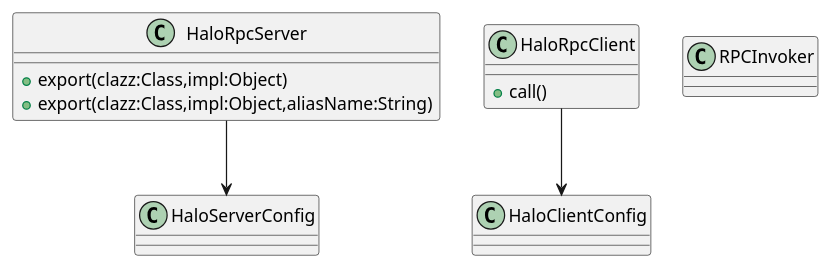
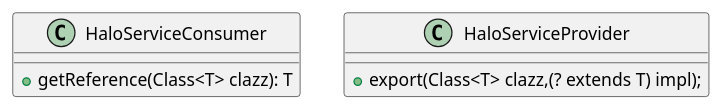
One commit to PickDream/Halo-RPC changed the diagram in design/basic.puml. Above: the diagram before and after it, drawn with PlantUML. The commit also changed 11 other files, not shown here.

```diff
--- a/design/basic.puml
+++ b/design/basic.puml
@@ -1,27 +1,12 @@
 @startuml
 'https://plantuml.com/class-diagram
 
-class HaloRpcServer{
-    + export(clazz:Class,impl:Object)
-    + export(clazz:Class,impl:Object,aliasName:String)
+class HaloServiceConsumer{
+    + getReference(Class<T> clazz): T
 }
 
-class HaloRpcClient{
-    + call()
+
+class HaloServiceProvider{
+    + export(Class<T> clazz,(? extends T) impl);
 }
-
-class RPCInvoker{
-
-}
-
-class HaloServerConfig
-
-class HaloClientConfig
-
-HaloRpcServer --> HaloServerConfig
-
-HaloRpcClient --> HaloClientConfig
-
-
-
 @enduml
```
